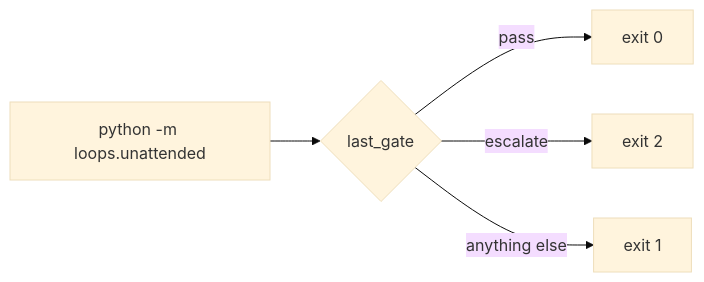
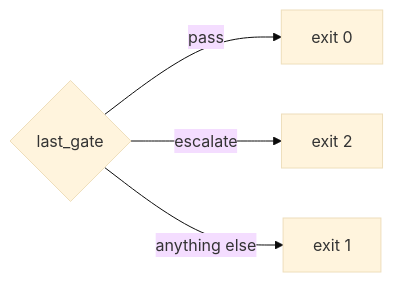
One commit to RichardHightower/reliable-agentic-lab changed diagram 12 of 24 in slides/session-4-production-architecture/slides.md. Above: the diagram before and after it, drawn with Mermaid (base theme).

Commit message:
Drop the deleted loops entry point from the Session 4 exit-code diagram (#130)
Slide s4-18 fed its exit-code decision from a node reading
`python -m loops.unattended`. PR #130 deleted the shared loops/ engine, so
that command no longer runs and the slide taught an entry point that is gone.

The guard test #130 added catches exactly this. It was the only leak on main,
and `task test` was red because of it.

Removed the node and kept `last_gate` as the diamond, so the slide still says
what it is there to say: exit 0 is a pass, exit 2 is an escalation, exit 1 is
a crash. The exit-code contract itself is unchanged and still real.

Verified the diagram renders with mermaid-cli, and scripts/tests is 10 passed.

The Session 4 deck still carries six prose references to deleted loops/ files,
at slides.md lines 170, 184, 431, and 1209 and in notes.md. The guard does not
flag those, because it only matches `python -m loops` and import lines. They
are a separate pass.

Claude-Session: https://claude.ai/code/session_01NfBbAqttUct5S4ePLmWnDQ

````diff
--- a/slides/session-4-production-architecture/slides.md
+++ b/slides/session-4-production-architecture/slides.md
@@ -526,7 +526,7 @@
 ```mermaid
 flowchart LR
-  U["python -m loops.unattended"] --> G{"last_gate"}
+  G{"last_gate"}
   G -->|pass| E0["exit 0"]
   G -->|escalate| E2["exit 2"]
   G -->|anything else| E1["exit 1"]
 ```
````
